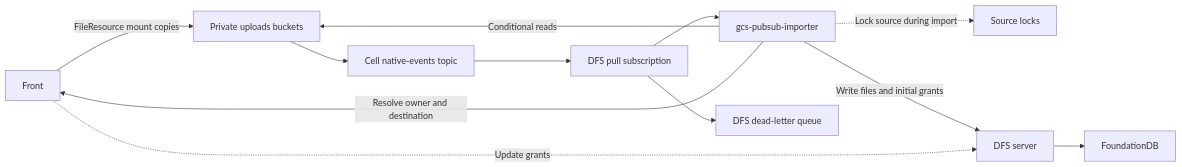
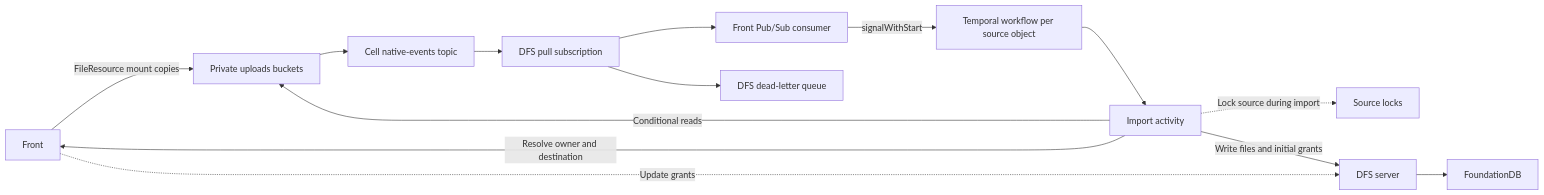
One commit to lumman-pro/dust changed the diagram in dfs/design-docs/DOUBLE_WRITE.md. Above: the diagram before and after it, drawn with Mermaid. The commit also changed other lines of this file, not shown here.

Commit message:
[dfs] Run GCS imports through Temporal

````diff
--- a/dfs/design-docs/DOUBLE_WRITE.md
+++ b/dfs/design-docs/DOUBLE_WRITE.md
@@ -43,14 +43,16 @@
 ```mermaid
 flowchart LR
   Front -->|FileResource mount copies| G[Private uploads buckets]
   G --> N[Cell native-events topic]
   N --> D[DFS pull subscription]
-  D --> W[gcs-pubsub-importer]
+  D --> I[Front Pub/Sub consumer]
+  I -->|signalWithStart| T[Temporal workflow per source object]
+  T --> W[Import activity]
   W -->|Conditional reads| G
   W -.->|Lock source during import| L[Source locks]
   W -->|Resolve owner and destination| Front
   W -->|Write files and initial grants| DFS[DFS server]
   Front -.->|Update grants| DFS
   DFS --> FDB[FoundationDB]
   D --> Q[DFS dead-letter queue]
 ```
````
